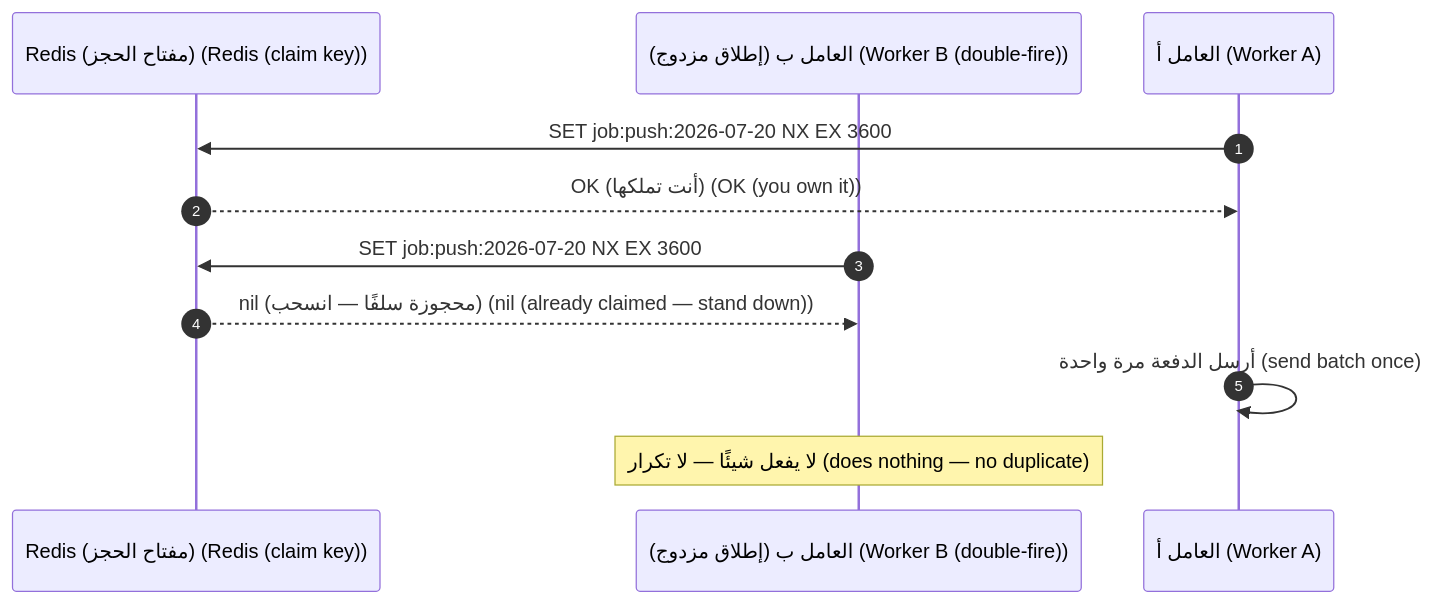
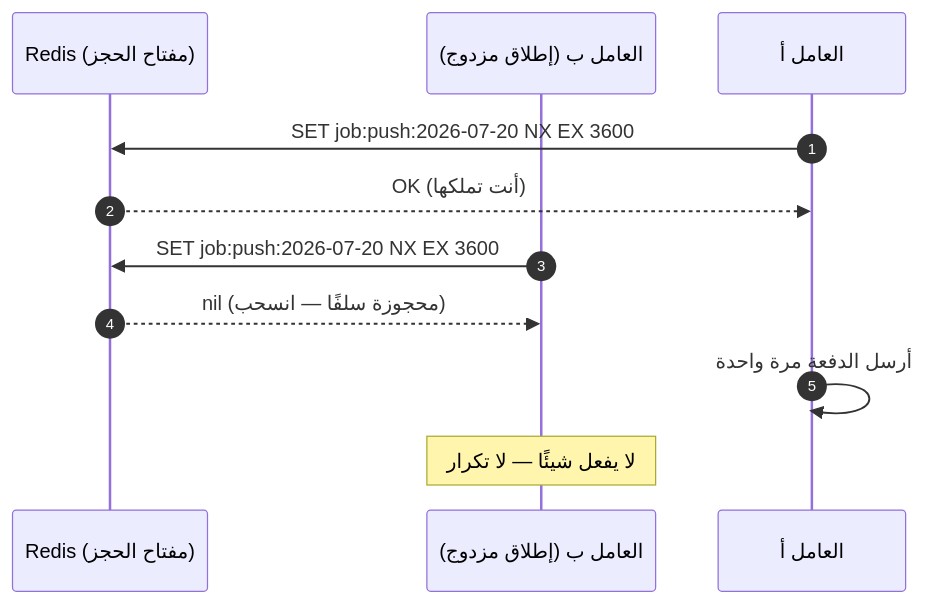
The fourth of 6 diagrams in modules/07-observability/module.ar.md (Tamoura/system-design-for-vibe-coders), drawn with Mermaid before and after one commit. The commit also changed other lines of this file and 551 other files, not shown here.

````diff
--- a/modules/07-observability/module.ar.md
+++ b/modules/07-observability/module.ar.md
@@ -459,13 +459,13 @@
 ```mermaid
 sequenceDiagram
     autonumber
-    participant R as Redis (مفتاح الحجز) (Redis (claim key))
-    participant S2 as العامل ب (إطلاق مزدوج) (Worker B (double-fire))
-    participant S1 as العامل أ (Worker A)
+    participant R as Redis (مفتاح الحجز)
+    participant S2 as العامل ب (إطلاق مزدوج)
+    participant S1 as العامل أ
     S1->>R: SET job:push:2026-07-20 NX EX 3600
-    R-->>S1: OK (أنت تملكها) (OK (you own it))
+    R-->>S1: OK (أنت تملكها)
     S2->>R: SET job:push:2026-07-20 NX EX 3600
-    R-->>S2: nil (محجوزة سلفًا — انسحب) (nil (already claimed — stand down))
-    S1->>S1: أرسل الدفعة مرة واحدة (send batch once)
-    Note over S2: لا يفعل شيئًا — لا تكرار (does nothing — no duplicate)
+    R-->>S2: nil (محجوزة سلفًا — انسحب)
+    S1->>S1: أرسل الدفعة مرة واحدة
+    Note over S2: لا يفعل شيئًا — لا تكرار
 ```
````
